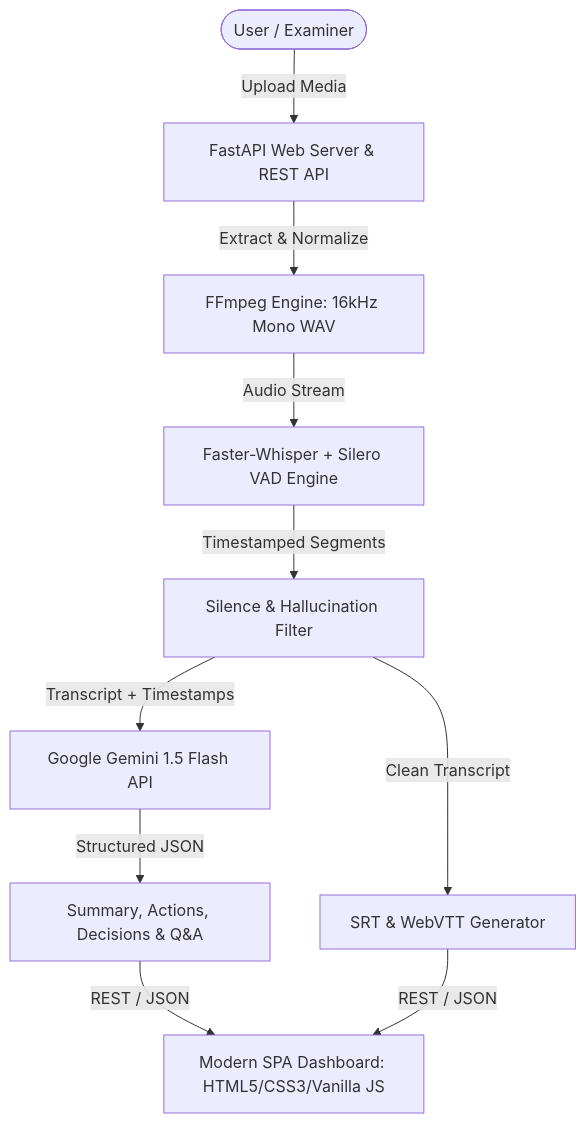
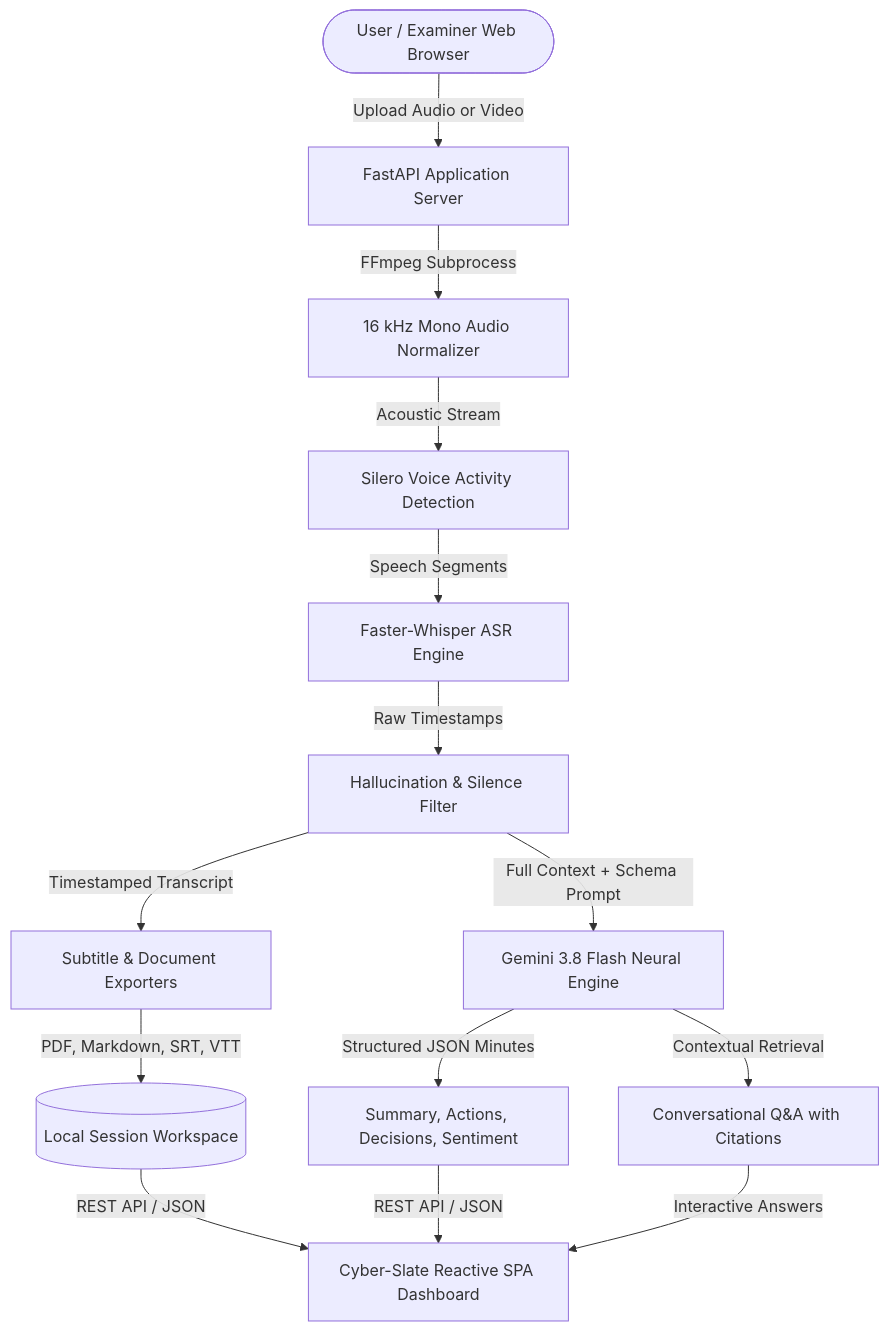
Before and after one commit to tankkulwant/AI-Meeting-and-Conversation-Intelligence-System: the diagram in README.md, drawn with Mermaid. The commit also changed other lines of this file and 1 other file, not shown here.

Commit message:
docs: update system architecture and model configuration

````diff
--- a/README.md
+++ b/README.md
@@ -46,11 +62,15 @@
 ```mermaid
 flowchart TD
-    User([User / Examiner]) -->|Upload Media| FastAPIServer[FastAPI Web Server & REST API]
-    FastAPIServer -->|Extract & Normalize| FFmpeg[FFmpeg Engine: 16kHz Mono WAV]
-    FFmpeg -->|Audio Stream| ASR[Faster-Whisper + Silero VAD Engine]
-    ASR -->|Timestamped Segments| Cleaner[Silence & Hallucination Filter]
-    Cleaner -->|Clean Transcript| Exporters[SRT & WebVTT Generator]
-    Cleaner -->|Transcript + Timestamps| GeminiLLM[Google Gemini 1.5 Flash API]
-    GeminiLLM -->|Structured JSON| MeetingIntelligence[Summary, Actions, Decisions & Q&A]
-    MeetingIntelligence & Exporters -->|REST / JSON| WebDashboard[Modern SPA Dashboard: HTML5/CSS3/Vanilla JS]
+    Client([User / Examiner Web Browser]) -->|Upload Audio or Video| Gateway[FastAPI Application Server]
+    Gateway -->|FFmpeg Subprocess| AudioNorm[16 kHz Mono Audio Normalizer]
+    AudioNorm -->|Acoustic Stream| VAD[Silero Voice Activity Detection]
+    VAD -->|Speech Segments| Whisper[Faster-Whisper ASR Engine]
+    Whisper -->|Raw Timestamps| Filter[Hallucination & Silence Filter]
+    Filter -->|Timestamped Transcript| DocGen[Subtitle & Document Exporters]
+    Filter -->|Full Context + Schema Prompt| LLMProvider[Gemini 3.8 Flash Neural Engine]
+    LLMProvider -->|Structured JSON Minutes| Intelligence[Summary, Actions, Decisions, Sentiment]
+    LLMProvider -->|Contextual Retrieval| ChatEngine[Conversational Q&A with Citations]
+    DocGen -->|PDF, Markdown, SRT, VTT| Storage[(Local Session Workspace)]
+    Intelligence & Storage -->|REST API / JSON| UI[Cyber-Slate Reactive SPA Dashboard]
+    ChatEngine -->|Interactive Answers| UI
 ```
````
